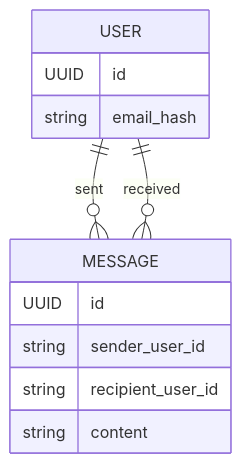
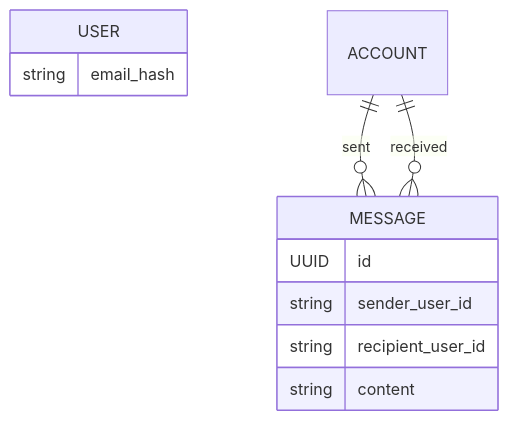
One commit to extreme-business/lingo changed the first of 3 diagrams in README.md. Above: the diagram before and after it, drawn with Mermaid. The commit also changed other lines of this file and 3 other files, not shown here.

````diff
--- a/README.md
+++ b/README.md
@@ -15,15 +13,14 @@
 ```mermaid
 erDiagram
     MESSAGE {
         UUID id
         string sender_user_id
         string recipient_user_id
         string content
     }
     USER {
-        UUID id
         string email_hash
     }
-    USER ||--o{ MESSAGE : sent
-    USER ||--o{ MESSAGE : received
+    ACCOUNT ||--o{ MESSAGE : sent
+    ACCOUNT ||--o{ MESSAGE : received
 ```
````
